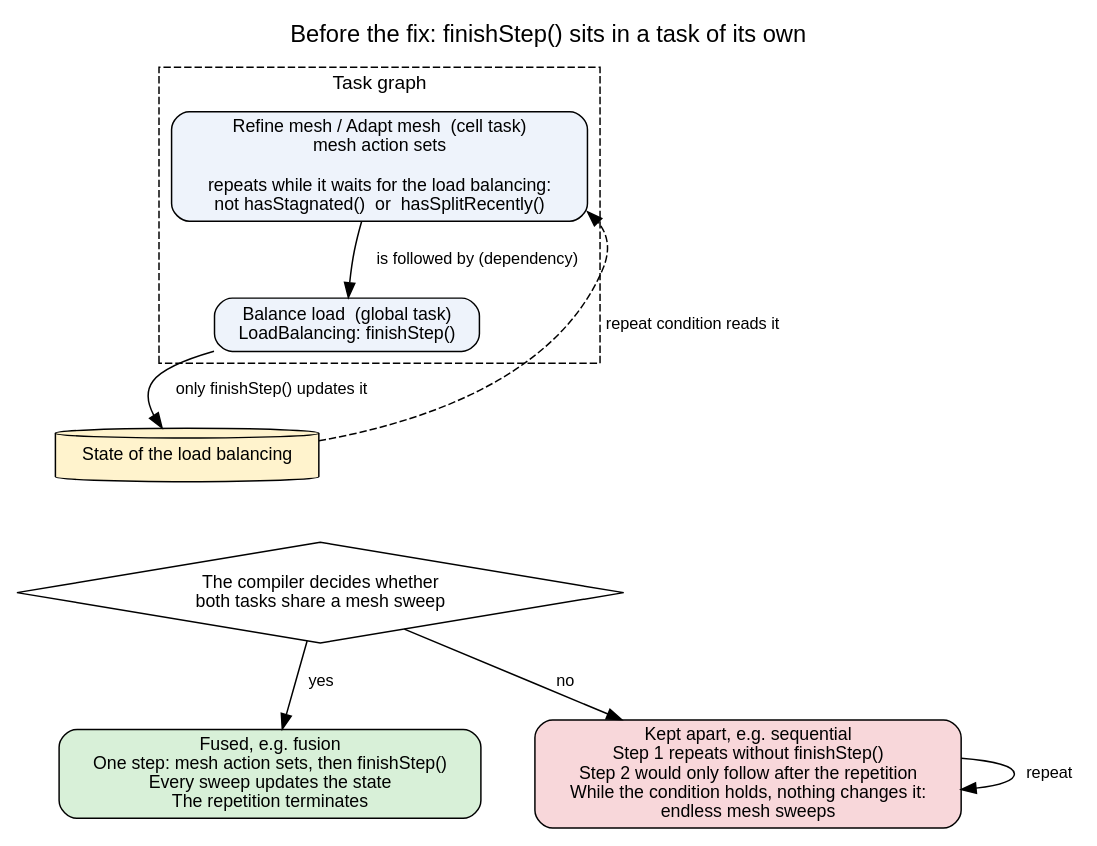
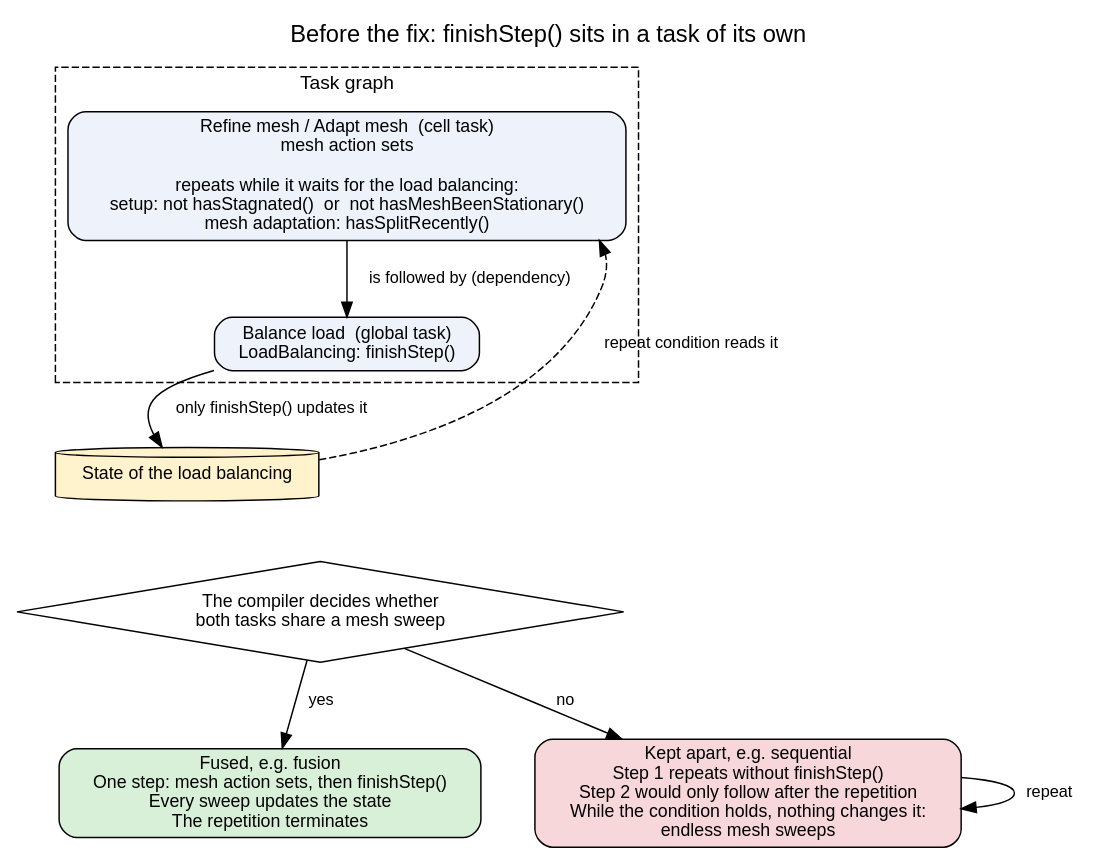
The diagram in src/exahype2/api/blockstructured/repeating-task-load-balancing-before.dot (peano-framework/peano), drawn with Graphviz before and after one commit. The commit also changed 10 other files, not shown here.

```diff
--- a/src/exahype2/api/blockstructured/repeating-task-load-balancing-before.dot
+++ b/src/exahype2/api/blockstructured/repeating-task-load-balancing-before.dot
@@ -1,28 +1,28 @@
 digraph before {
   rankdir=TB; nodesep=0.5; ranksep=0.55;
   fontname="Helvetica"; fontsize=16; labelloc=t;
   label="Before the fix: finishStep() sits in a task of its own";
   node [fontname="Helvetica", fontsize=12, shape=box, style="rounded,filled", fillcolor="#eef3fb"];
   edge [fontname="Helvetica", fontsize=11];
 
   state   [label="State of the load balancing", shape=cylinder, style=filled, fillcolor="#fff3cd"];
 
   subgraph cluster_graph {
     label="Task graph"; fontsize=13; style=dashed;
-    refine  [label="Refine mesh / Adapt mesh  (cell task)\nmesh action sets\n\nrepeats while it waits for the load balancing:\nnot hasStagnated()  or  hasSplitRecently()"];
+    refine  [label="Refine mesh / Adapt mesh  (cell task)\nmesh action sets\n\nrepeats while it waits for the load balancing:\nsetup: not hasStagnated()  or  not hasMeshBeenStationary()\nmesh adaptation: hasSplitRecently()"];
     balance [label="Balance load  (global task)\nLoadBalancing: finishStep()"];
     refine -> balance [label="  is followed by (dependency)"];
   }
   balance -> state  [label="  only finishStep() updates it"];
   state -> refine   [label="  repeat condition reads it", style=dashed, constraint=false];
 
   question [label="The compiler decides whether\nboth tasks share a mesh sweep", shape=diamond, style=filled, fillcolor="#ffffff"];
   balance -> question [style=invis];
   state -> question [style=invis];
 
   fused [label="Fused, e.g. fusion\nOne step: mesh action sets, then finishStep()\nEvery sweep updates the state\nThe repetition terminates", fillcolor="#d8f0d8"];
   apart [label="Kept apart, e.g. sequential\nStep 1 repeats without finishStep()\nStep 2 would only follow after the repetition\nWhile the condition holds, nothing changes it:\nendless mesh sweeps", fillcolor="#f8d7da"];
   question -> fused [label="  yes"];
   question -> apart [label="  no"];
   apart -> apart [label="  repeat"];
 }
```
